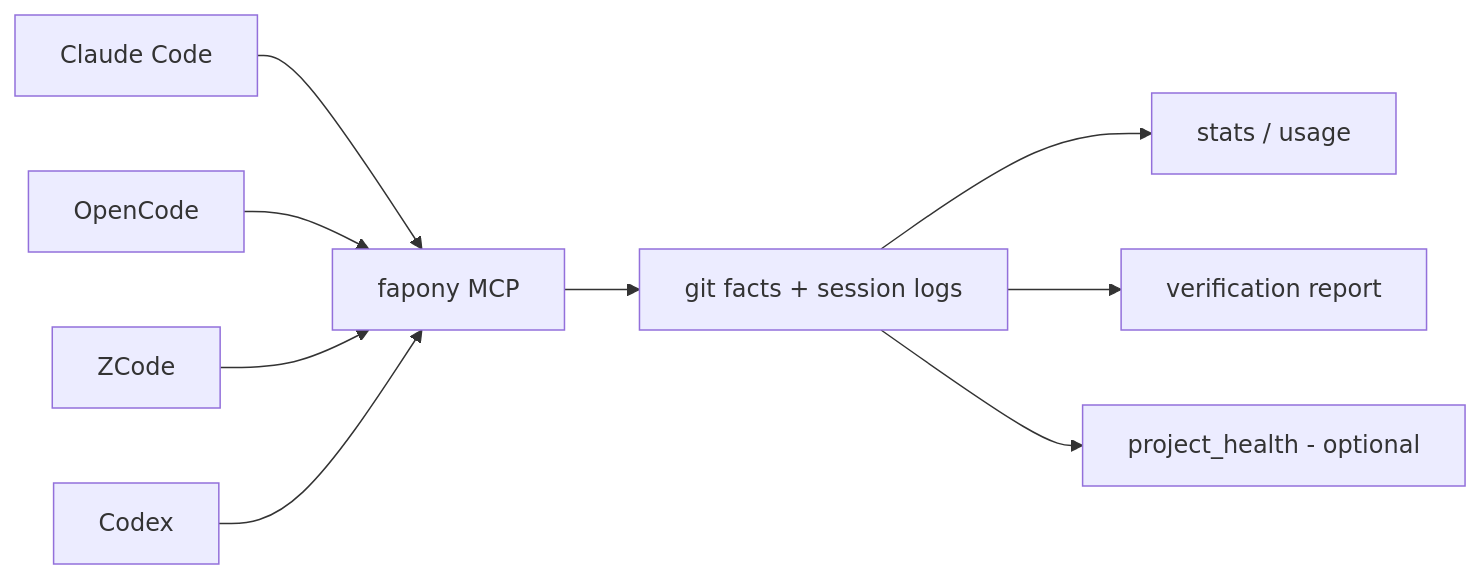
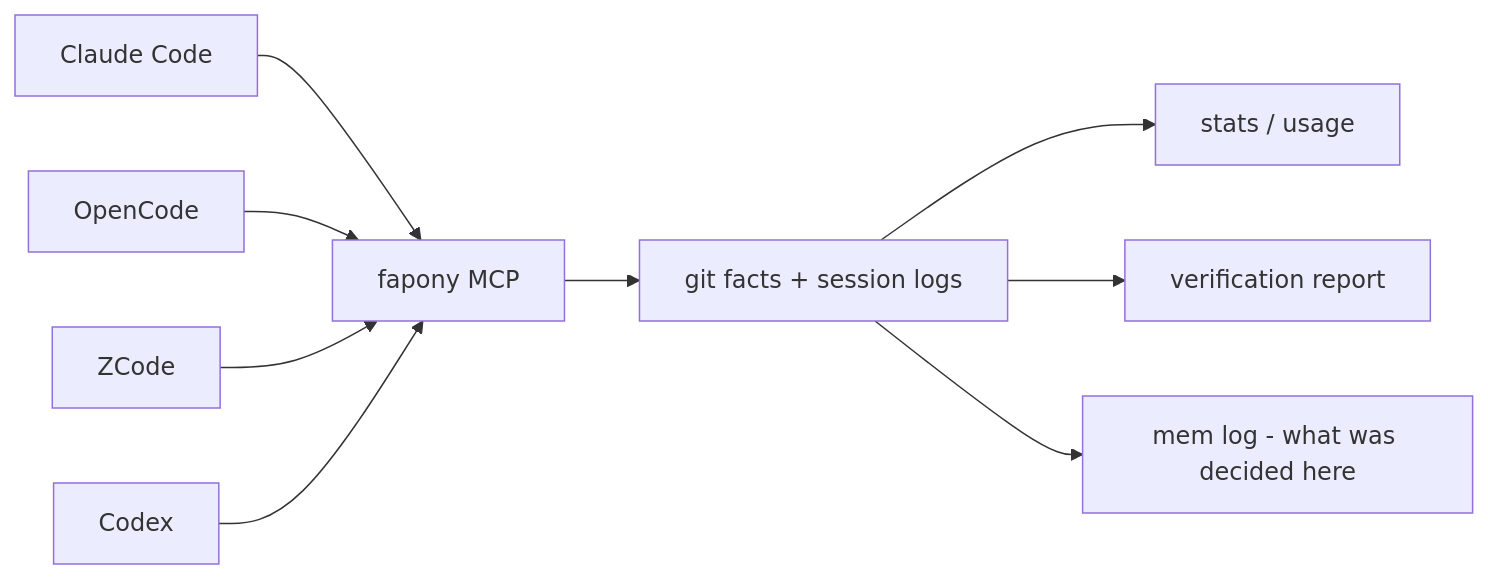
One commit to inonix-dev/fapony changed the first of 4 diagrams in README.md. Above: the diagram before and after it, drawn with Mermaid. The commit also changed other lines of this file and 15 other files, not shown here.

````diff
--- a/README.md
+++ b/README.md
@@ -153,11 +153,11 @@
 ```mermaid
 flowchart LR
     A[Claude Code] --> F[fapony MCP]
     B[OpenCode] --> F
     C[ZCode] --> F
     D[Codex] --> F
     F --> G[git facts + session logs]
     G --> S[stats / usage]
     G --> V[verification report]
-    G --> P[project_health - optional]
+    G --> M[mem log - what was decided here]
 ```
````
